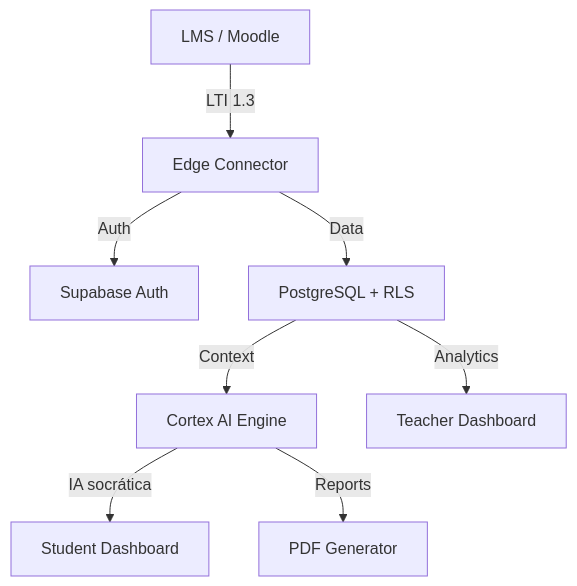
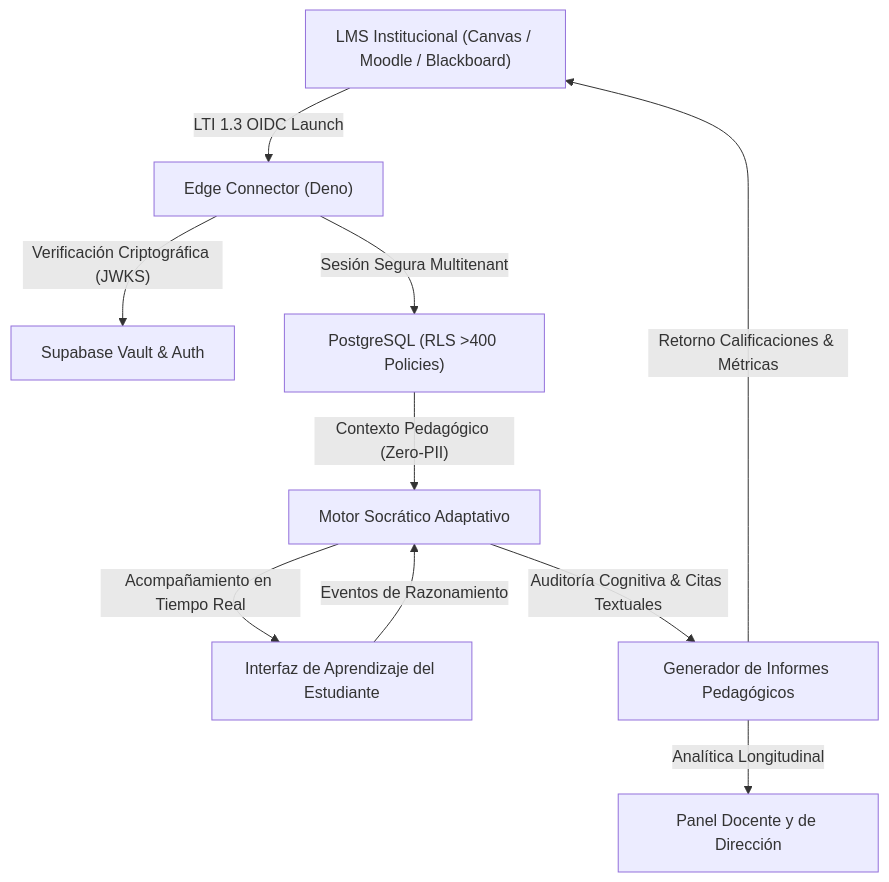
The diagram in docs/architecture.md (BSanroma/my-eutic-docs), drawn with Mermaid before and after one commit. The commit also changed other lines of this file and 7 other files, not shown here.

````diff
--- a/docs/architecture.md
+++ b/docs/architecture.md
@@ -15,10 +20,12 @@
 ```mermaid
 graph TD
-    A[LMS / Moodle] -- LTI 1.3 --> B[Edge Connector]
-    B -- Auth --> C[Supabase Auth]
-    B -- Data --> D[PostgreSQL + RLS]
-    D -- Context --> E[Cortex AI Engine]
-    E -- IA socrática --> F[Student Dashboard]
-    D -- Analytics --> G[Teacher Dashboard]
-    E -- Reports --> H[PDF Generator]
+    A["LMS Institucional (Canvas / Moodle / Blackboard)"] -- LTI 1.3 OIDC Launch --> B["Edge Connector (Deno)"]
+    B -- Verificación Criptográfica (JWKS) --> C["Supabase Vault & Auth"]
+    B -- Sesión Segura Multitenant --> D["PostgreSQL (RLS >400 Policies)"]
+    D -- Contexto Pedagógico (Zero-PII) --> E["Motor Socrático Adaptativo"]
+    E -- Acompañamiento en Tiempo Real --> F["Interfaz de Aprendizaje del Estudiante"]
+    F -- Eventos de Razonamiento --> E
+    E -- Auditoría Cognitiva & Citas Textuales --> G["Generador de Informes Pedagógicos"]
+    G -- Retorno Calificaciones & Métricas --> A
+    G -- Analítica Longitudinal --> H["Panel Docente y de Dirección"]
 ```
````
